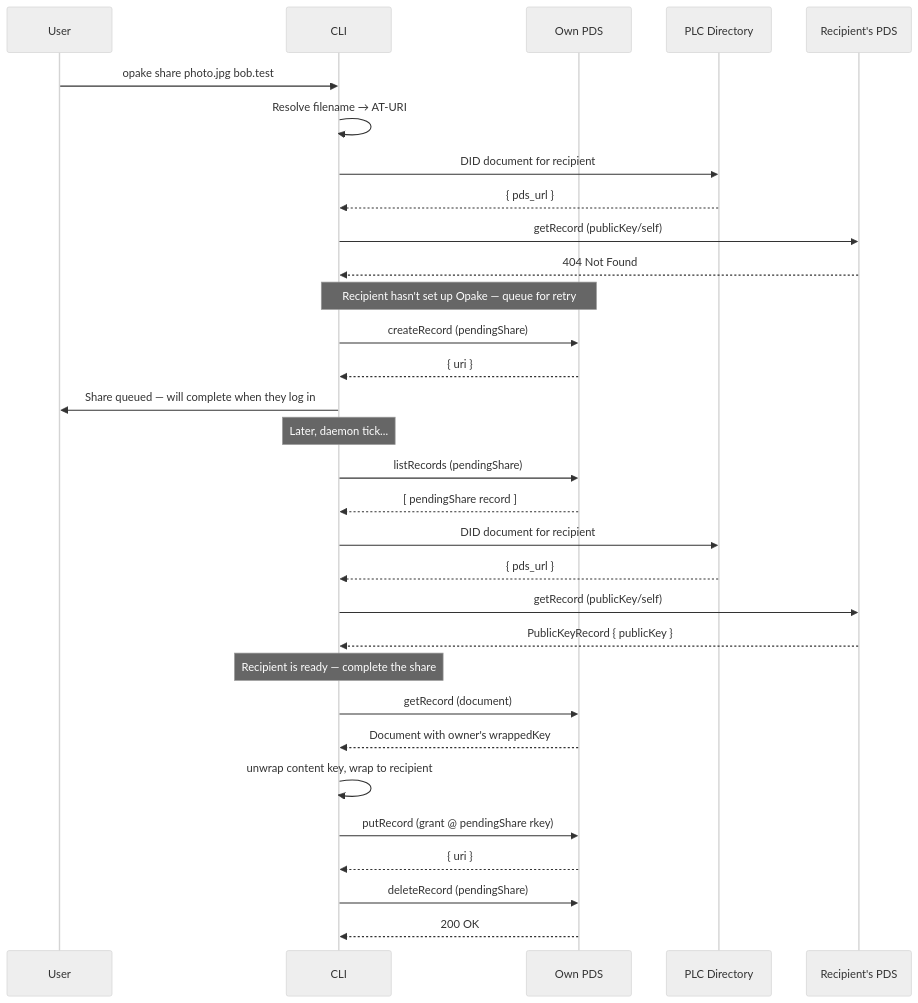
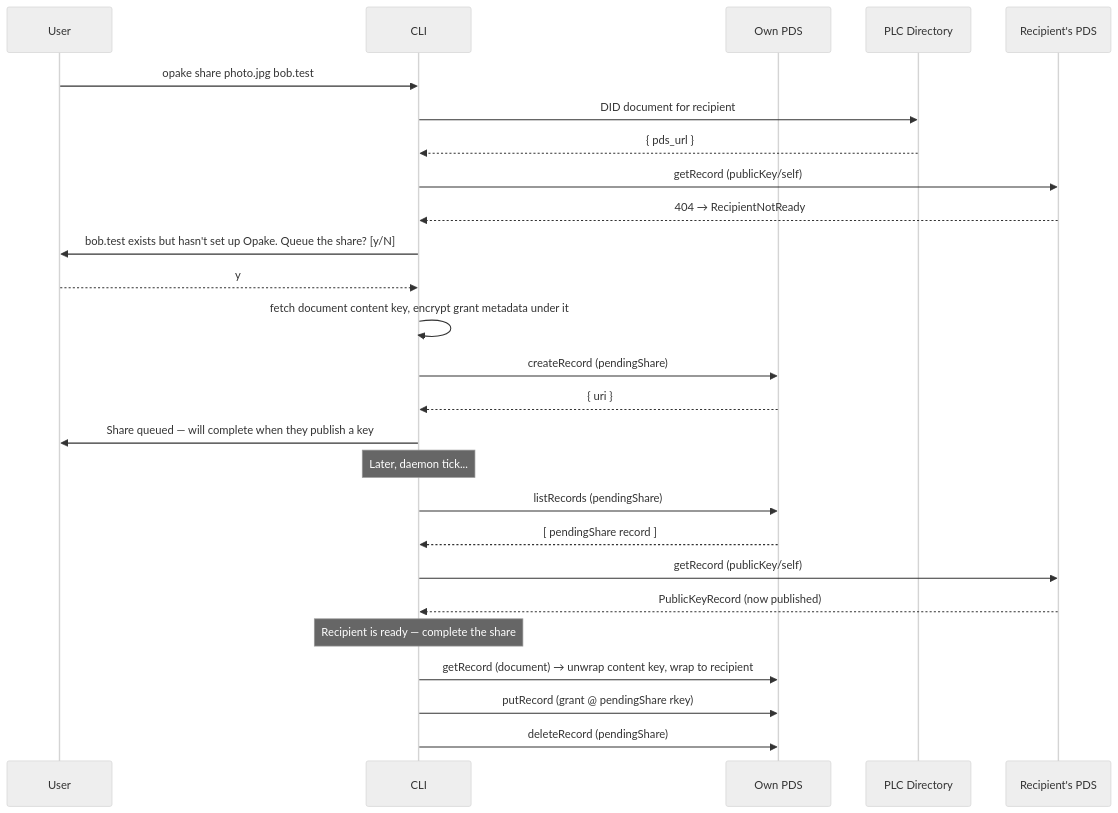
The fourth of 4 diagrams in docs/flows/sharing.md (Sans-Self/Opake), drawn with Mermaid (neutral theme) before and after one commit. The commit also changed other lines of this file and 35 other files, not shown here.

````diff
--- a/docs/flows/sharing.md
+++ b/docs/flows/sharing.md
@@ -101,40 +103,35 @@
 ```mermaid
 sequenceDiagram
     participant User
     participant CLI
     participant PDS as Own PDS
     participant PLC as PLC Directory
     participant RecipientPDS as Recipient's PDS
 
     User->>CLI: opake share photo.jpg bob.test
 
-    CLI->>CLI: Resolve filename → AT-URI
     CLI->>PLC: DID document for recipient
     PLC-->>CLI: { pds_url }
     CLI->>RecipientPDS: getRecord (publicKey/self)
-    RecipientPDS-->>CLI: 404 Not Found
+    RecipientPDS-->>CLI: 404 → RecipientNotReady
 
-    Note over CLI,PDS: Recipient hasn't set up Opake — queue for retry
+    CLI->>User: bob.test exists but hasn't set up Opake. Queue the share? [y/N]
+    User-->>CLI: y
+
+    CLI->>CLI: fetch document content key, encrypt grant metadata under it
     CLI->>PDS: createRecord (pendingShare)
     PDS-->>CLI: { uri }
-    CLI->>User: Share queued — will complete when they log in
+    CLI->>User: Share queued — will complete when they publish a key
 
     Note over CLI: Later, daemon tick...
     CLI->>PDS: listRecords (pendingShare)
     PDS-->>CLI: [ pendingShare record ]
 
-    CLI->>PLC: DID document for recipient
-    PLC-->>CLI: { pds_url }
     CLI->>RecipientPDS: getRecord (publicKey/self)
-    RecipientPDS-->>CLI: PublicKeyRecord { publicKey }
+    RecipientPDS-->>CLI: PublicKeyRecord (now published)
 
     Note over CLI: Recipient is ready — complete the share
-    CLI->>PDS: getRecord (document)
-    PDS-->>CLI: Document with owner's wrappedKey
-    CLI->>CLI: unwrap content key, wrap to recipient
-
+    CLI->>PDS: getRecord (document) → unwrap content key, wrap to recipient
     CLI->>PDS: putRecord (grant @ pendingShare rkey)
-    PDS-->>CLI: { uri }
     CLI->>PDS: deleteRecord (pendingShare)
-    PDS-->>CLI: 200 OK
 ```
````
